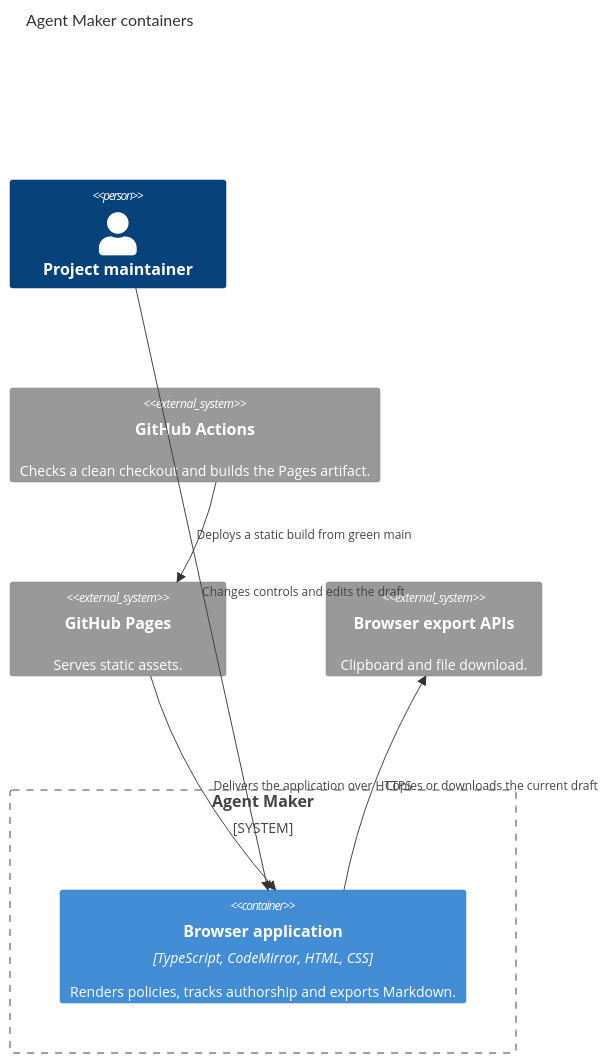
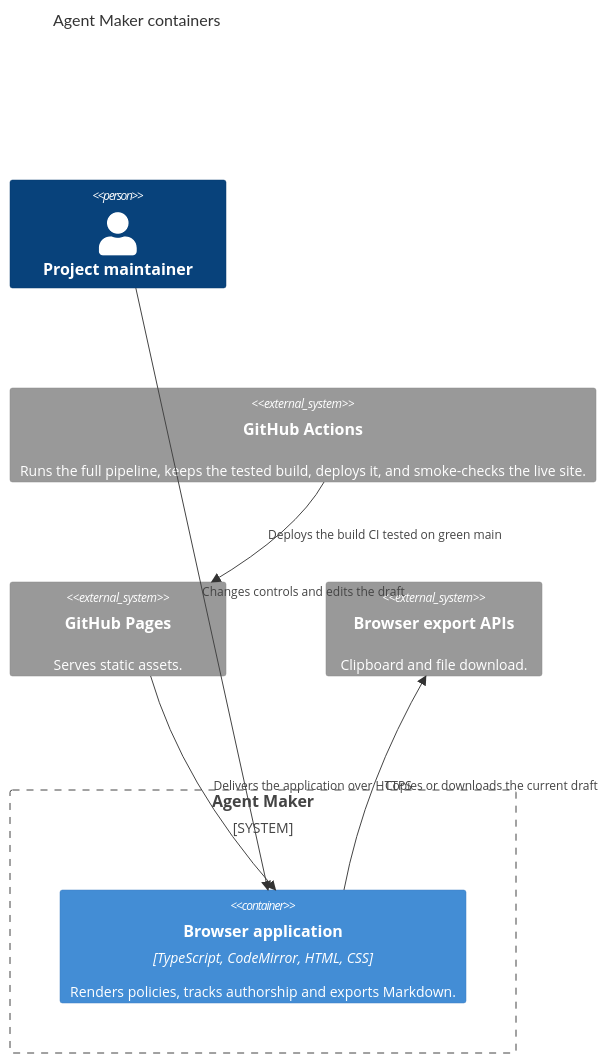
One commit to marcelpetrick/AgentsTemplateMaker changed the second of 3 diagrams in docs/architecture.md. Above: the diagram before and after it, drawn with Mermaid. The commit also changed other lines of this file and 8 other files, not shown here.

First line of the commit message:
build(docs): render-check Mermaid diagrams and add the C4 component view

````diff
--- a/docs/architecture.md
+++ b/docs/architecture.md
@@ -19,15 +19,15 @@
 ```mermaid
 C4Container
     title Agent Maker containers
     Person(maintainer, "Project maintainer")
     System_Boundary(system, "Agent Maker") {
         Container(site, "Browser application", "TypeScript, CodeMirror, HTML, CSS", "Renders policies, tracks authorship and exports Markdown.")
     }
-    System_Ext(actions, "GitHub Actions", "Checks a clean checkout and builds the Pages artifact.")
+    System_Ext(actions, "GitHub Actions", "Runs the full pipeline, keeps the tested build, deploys it, and smoke-checks the live site.")
     System_Ext(pages, "GitHub Pages", "Serves static assets.")
     System_Ext(browser, "Browser export APIs", "Clipboard and file download.")
     Rel(maintainer, site, "Changes controls and edits the draft")
-    Rel(actions, pages, "Deploys a static build from green main")
+    Rel(actions, pages, "Deploys the build CI tested on green main")
     Rel(pages, site, "Delivers the application over HTTPS")
     Rel(site, browser, "Copies or downloads the current draft")
 ```
````
